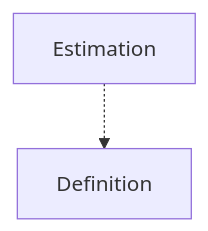
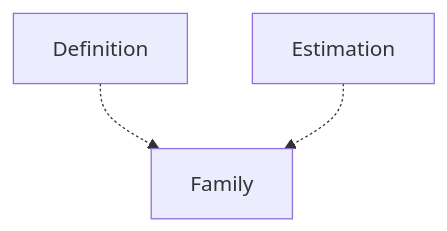
Before and after one commit to glemzurg/glemzurg: the diagram in examples/requirements/req/output/development/domain-domain.process.md, drawn with Mermaid. The commit also changed other lines of this file and 62 other files, not shown here.

````diff
--- a/examples/requirements/req/output/development/domain-domain.process.md
+++ b/examples/requirements/req/output/development/domain-domain.process.md
@@ -11,7 +11,9 @@
 ```mermaid
 graph TD
 subdomain_domain_process_subdomain_definition["Definition"]
 subdomain_domain_process_subdomain_estimation["Estimation"]
-subdomain_domain_process_subdomain_estimation -.-> subdomain_domain_process_subdomain_definition
+subdomain_domain_process_subdomain_family["Family"]
+subdomain_domain_process_subdomain_definition -.-> subdomain_domain_process_subdomain_family
+subdomain_domain_process_subdomain_estimation -.-> subdomain_domain_process_subdomain_family
 
 ```
````
